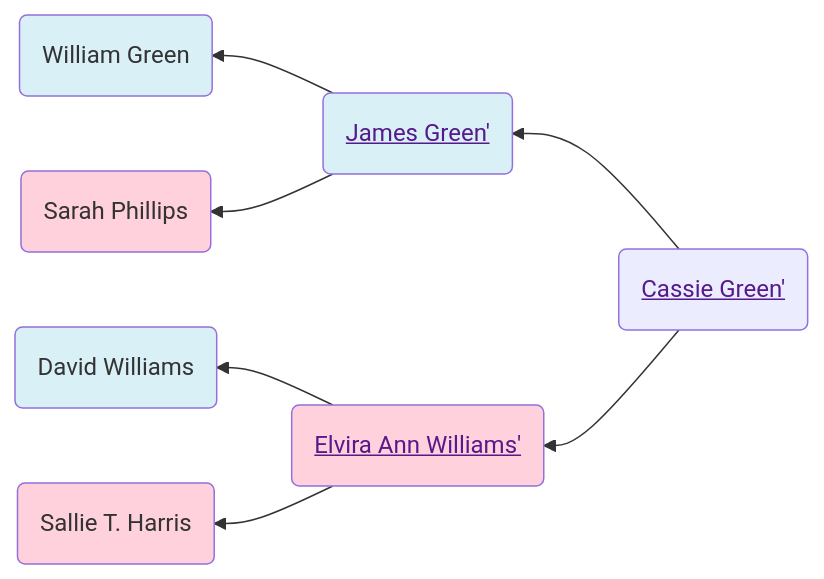
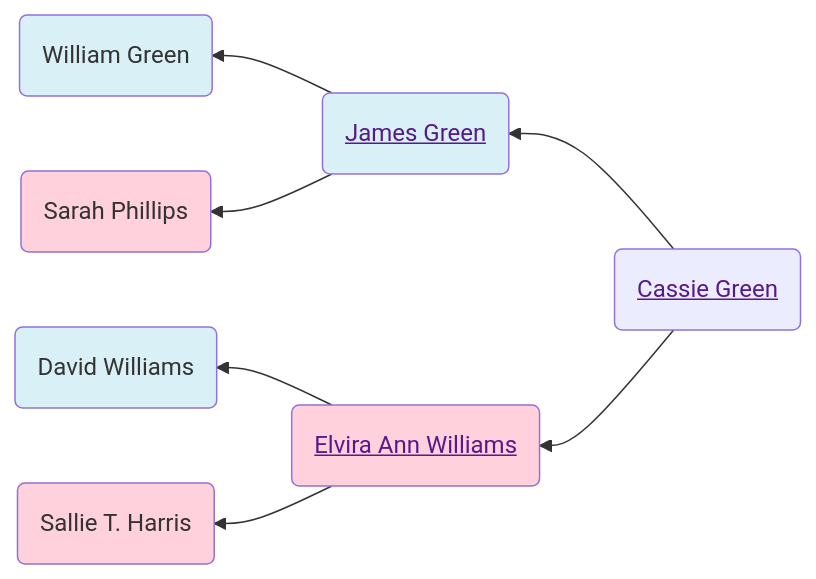
Before and after one commit to neelsmith/avocational: the first of 2 diagrams in familyhistory/sources/people/Gattis-line/Green-line/Cassie_Green.qmd, drawn with Mermaid. The commit also changed other lines of this file and 96 other files, not shown here.

````diff
--- a/familyhistory/sources/people/Gattis-line/Green-line/Cassie_Green.qmd
+++ b/familyhistory/sources/people/Gattis-line/Green-line/Cassie_Green.qmd
@@ -26,20 +26,20 @@
 ```{mermaid}
 graph RL
 %% RL ancestor diagram
-Cassie_Green(<a href=''>Cassie Green'</>) -->  James_Green(<a href='./James_Green.html'>James Green'</>)
-James_Green(<a href=''>James Green'</>) -->  William_Green(William Green)
+Cassie_Green(<a href=''>Cassie Green</a>) -->  James_Green(<a href='./James_Green.html'>James Green</a>)
+James_Green(<a href=''>James Green</a>) -->  William_Green(William Green)
 class William_Green father
-James_Green(<a href=''>James Green'</>)  --> Sarah_Phillips(Sarah Phillips)
+James_Green(<a href=''>James Green</a>)  --> Sarah_Phillips(Sarah Phillips)
 class Sarah_Phillips mother
 class James_Green father
-Cassie_Green(<a href=''>Cassie Green'</>)  --> Elvira_Ann_Williams(<a href='./Williams-line/Elvira_Ann_Williams.html'>Elvira Ann Williams'</>)
-Elvira_Ann_Williams(<a href=''>Elvira Ann Williams'</>) -->  David_Williams(David Williams)
+Cassie_Green(<a href=''>Cassie Green</a>)  --> Elvira_Ann_Williams(<a href='./Williams-line/Elvira_Ann_Williams.html'>Elvira Ann Williams</a>)
+Elvira_Ann_Williams(<a href=''>Elvira Ann Williams</a>) -->  David_Williams(David Williams)
 class David_Williams father
-Elvira_Ann_Williams(<a href=''>Elvira Ann Williams'</>)  --> Sallie_T.__Harris(Sallie T.  Harris)
+Elvira_Ann_Williams(<a href=''>Elvira Ann Williams</a>)  --> Sallie_T.__Harris(Sallie T.  Harris)
 class Sallie_T.__Harris mother
 class Elvira_Ann_Williams mother
 classDef mother fill:#ffd1dc
 classDef father fill:#daf0f7  
 classDef marriage fill:#ffffff
 
 ```
````
